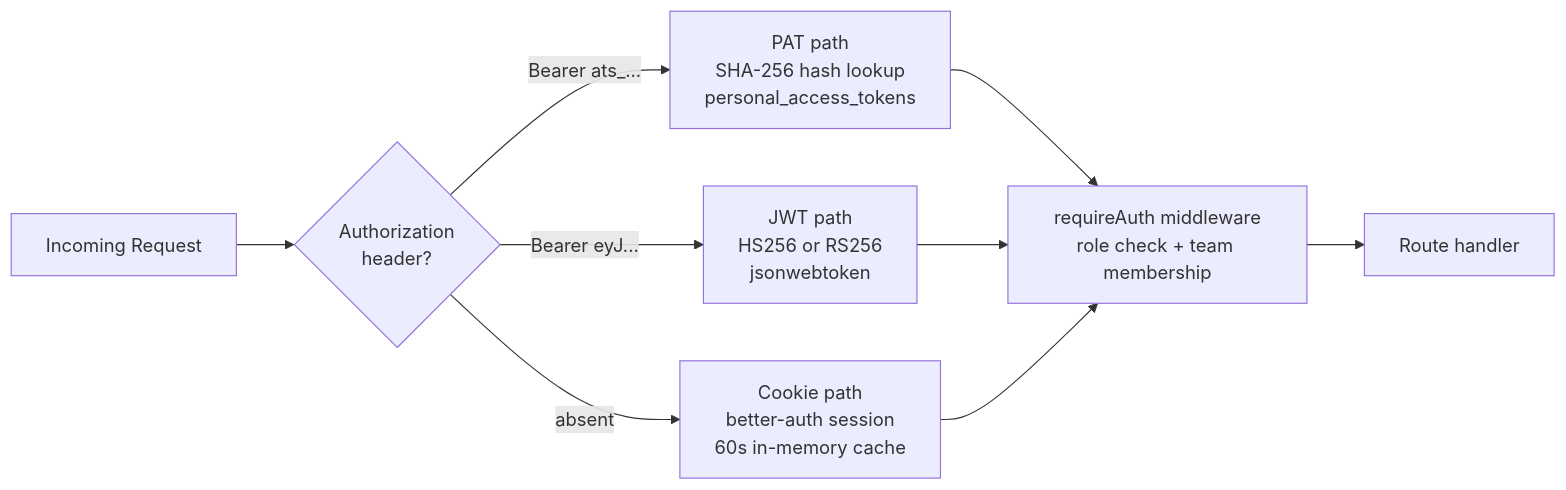
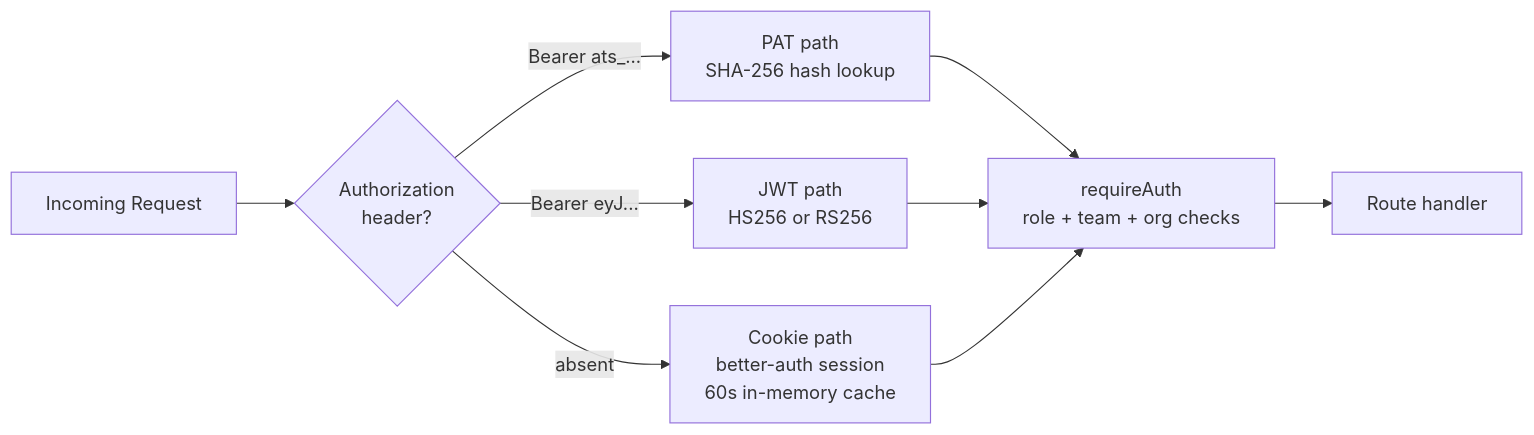
The fourth of 6 diagrams in docs/architecture.md (yorch/auto-swe), drawn with Mermaid before and after one commit. The commit also changed other lines of this file and 46 other files, not shown here.

````diff
--- a/docs/architecture.md
+++ b/docs/architecture.md
@@ -435,13 +334,11 @@
 ```mermaid
 flowchart LR
     REQ[Incoming Request] --> SNIFF{Authorization\nheader?}
-
-    SNIFF -->|Bearer ats_...| PAT[PAT path\nSHA-256 hash lookup\npersonal_access_tokens]
-    SNIFF -->|Bearer eyJ...| JWT[JWT path\nHS256 or RS256\njsonwebtoken]
+    SNIFF -->|Bearer ats_...| PAT[PAT path\nSHA-256 hash lookup]
+    SNIFF -->|Bearer eyJ...| JWT[JWT path\nHS256 or RS256]
     SNIFF -->|absent| COOKIE[Cookie path\nbetter-auth session\n60s in-memory cache]
-
-    PAT --> RBAC[requireAuth middleware\nrole check + team membership]
+    PAT --> RBAC[requireAuth\nrole + team + org checks]
     JWT --> RBAC
     COOKIE --> RBAC
     RBAC --> ROUTE[Route handler]
 ```
````
